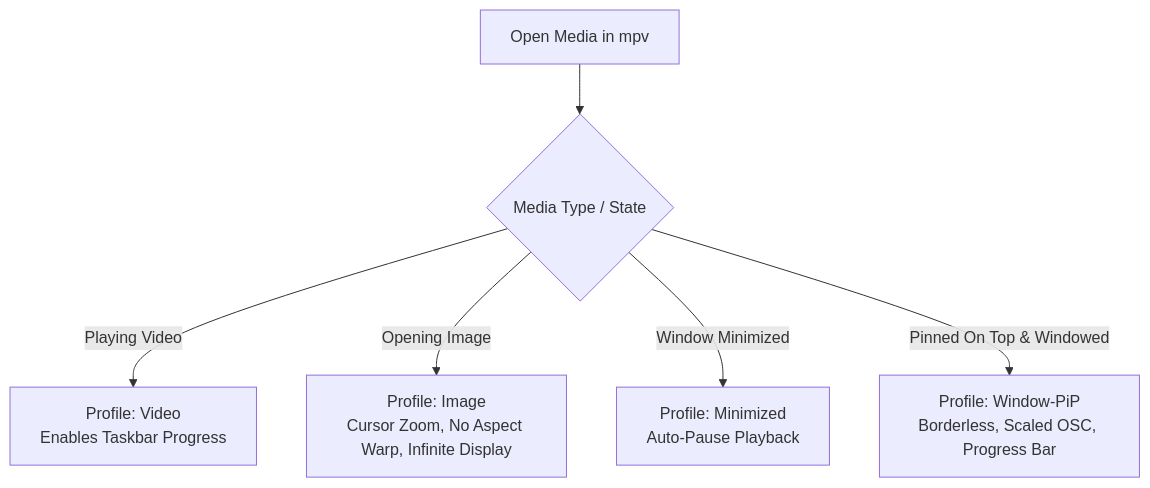
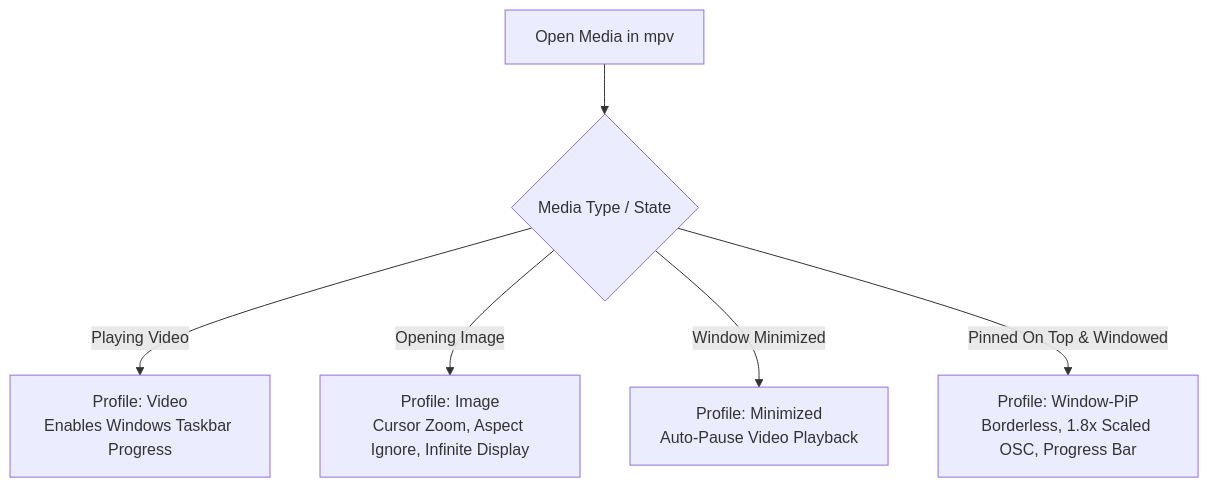
The diagram in README.md (Biraj2004/biraj-mpv-conf), drawn with Mermaid before and after one commit. The commit also changed other lines of this file and 3 other files, not shown here.

````diff
--- a/README.md
+++ b/README.md
@@ -215,8 +246,8 @@
 ```mermaid
 graph TD
     A[Open Media in mpv] --> B{Media Type / State}
-    B -->|Playing Video| C[Profile: Video<br/>Enables Taskbar Progress]
-    B -->|Opening Image| D[Profile: Image<br/>Cursor Zoom, No Aspect Warp, Infinite Display]
-    B -->|Window Minimized| E[Profile: Minimized<br/>Auto-Pause Playback]
-    B -->|Pinned On Top & Windowed| F[Profile: Window-PiP<br/>Borderless, Scaled OSC, Progress Bar]
+    B -->|Playing Video| C[Profile: Video<br/>Enables Windows Taskbar Progress]
+    B -->|Opening Image| D[Profile: Image<br/>Cursor Zoom, Aspect Ignore, Infinite Display]
+    B -->|Window Minimized| E[Profile: Minimized<br/>Auto-Pause Video Playback]
+    B -->|Pinned On Top & Windowed| F[Profile: Window-PiP<br/>Borderless, 1.8x Scaled OSC, Progress Bar]
 ```
````
